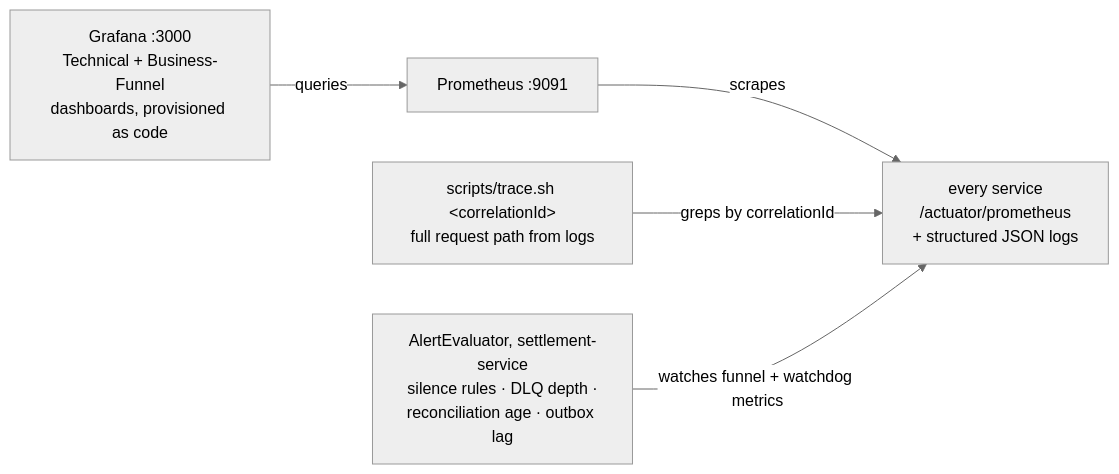
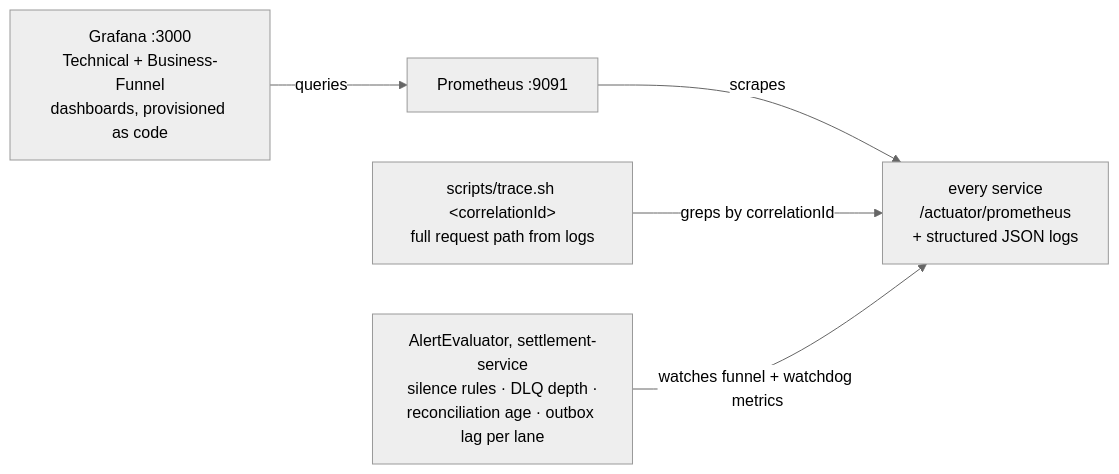
Diagram 17 of 18 in ARCHITECTURE.md (filiperibolli/platinumcoin-pix), drawn with Mermaid (neutral theme) before and after one commit. The commit also changed other lines of this file and 41 other files, not shown here.

````diff
--- a/ARCHITECTURE.md
+++ b/ARCHITECTURE.md
@@ -911,12 +927,12 @@
 ```mermaid
 graph LR
     SVCS["every service<br/>/actuator/prometheus<br/>+ structured JSON logs"]
     PROM["Prometheus :9091"]
     GRAF["Grafana :3000<br/>Technical + Business-Funnel<br/>dashboards, provisioned as code"]
     TRACE["scripts/trace.sh &lt;correlationId&gt;<br/>full request path from logs"]
-    ALERT["AlertEvaluator, settlement-service<br/>silence rules · DLQ depth ·<br/>reconciliation age · outbox lag"]
+    ALERT["AlertEvaluator, settlement-service<br/>silence rules · DLQ depth ·<br/>reconciliation age · outbox lag per lane"]
     PROM -->|scrapes| SVCS
     GRAF -->|queries| PROM
     TRACE -->|greps by correlationId| SVCS
     ALERT -->|watches funnel + watchdog metrics| SVCS
 ```
````
